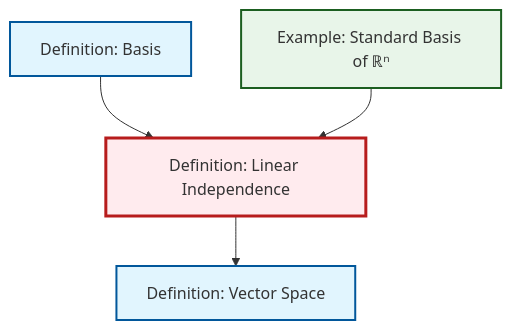
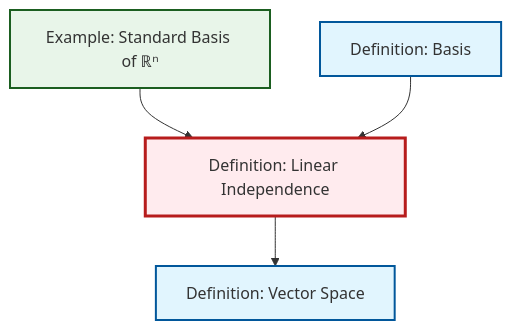
Before and after one commit to RK0429/ModernMath: the diagram in content/en/algebra/def-linear-independence.qmd, drawn with Mermaid. The commit also changed other lines of this file and 1069 other files, not shown here.

````diff
--- a/content/en/algebra/def-linear-independence.qmd
+++ b/content/en/algebra/def-linear-independence.qmd
@@ -45,20 +45,20 @@
 ```{mermaid}
 %%| fig-cap: "Local dependency graph"
 graph TD
     classDef definition fill:#e1f5fe,stroke:#01579b,stroke-width:2px
     classDef theorem fill:#f3e5f5,stroke:#4a148c,stroke-width:2px
     classDef axiom fill:#fff3e0,stroke:#e65100,stroke-width:2px
     classDef example fill:#e8f5e9,stroke:#1b5e20,stroke-width:2px
     classDef current fill:#ffebee,stroke:#b71c1c,stroke-width:3px
     def-basis["Definition: Basis"]:::definition
     def-linear-independence["Definition: Linear Independence"]:::definition
     ex-standard-basis-rn["Example: Standard Basis of ℝⁿ"]:::example
     def-vector-space["Definition: Vector Space"]:::definition
-    def-basis --> def-linear-independence
     def-linear-independence --> def-vector-space
     ex-standard-basis-rn --> def-linear-independence
+    def-basis --> def-linear-independence
     class def-linear-independence current
     click def-basis "def-basis.html" "Go to Basis definition"
     click ex-standard-basis-rn "ex-standard-basis-rn.html" "Go to Standard Basis of ℝⁿ example"
     click def-vector-space "def-vector-space.html" "Go to Vector Space definition"
 ```
````
